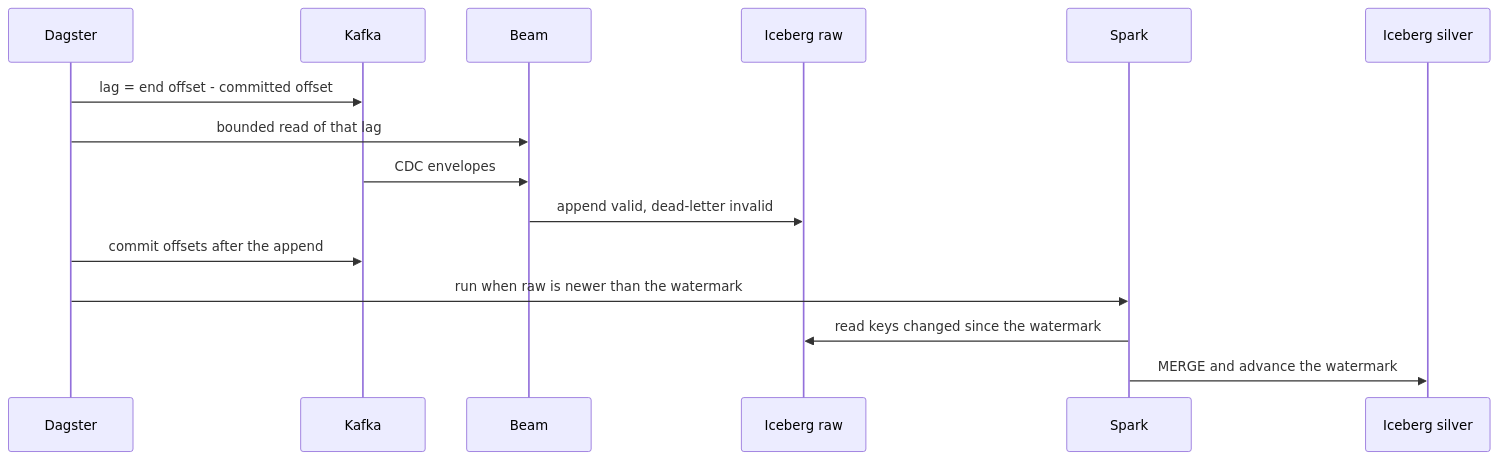
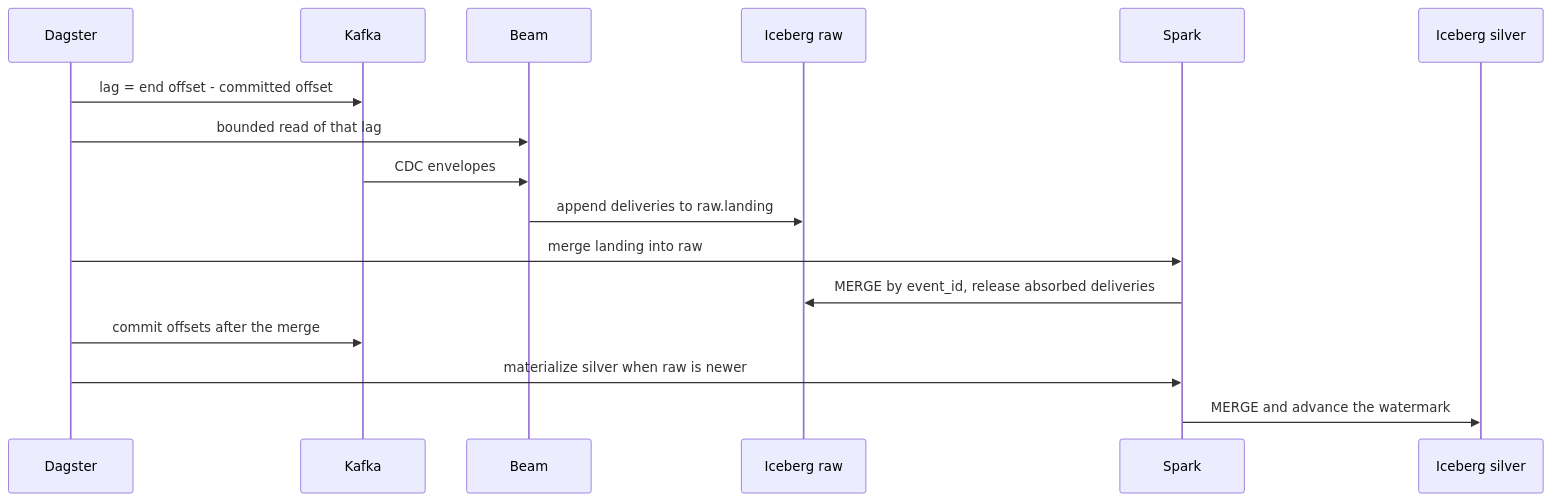
The second of 2 diagrams in README.md (sergio11/portable_cdc_lakehouse_poc), drawn with Mermaid before and after one commit. The commit also changed other lines of this file and 13 other files, not shown here.

First line of the commit message:
feat(ingest): merge landing deliveries into canonical raw by event_id

````diff
--- a/README.md
+++ b/README.md
@@ -85,18 +88,19 @@
 ```mermaid
 sequenceDiagram
     participant G as Dagster
     participant K as Kafka
     participant B as Beam
     participant R as Iceberg raw
     participant X as Spark
     participant S as Iceberg silver
 
     G->>K: lag = end offset - committed offset
     G->>B: bounded read of that lag
     K->>B: CDC envelopes
-    B->>R: append valid, dead-letter invalid
-    G->>K: commit offsets after the append
-    G->>X: run when raw is newer than the watermark
-    X->>R: read keys changed since the watermark
+    B->>R: append deliveries to raw.landing
+    G->>X: merge landing into raw
+    X->>R: MERGE by event_id, release absorbed deliveries
+    G->>K: commit offsets after the merge
+    G->>X: materialize silver when raw is newer
     X->>S: MERGE and advance the watermark
 ```
````
